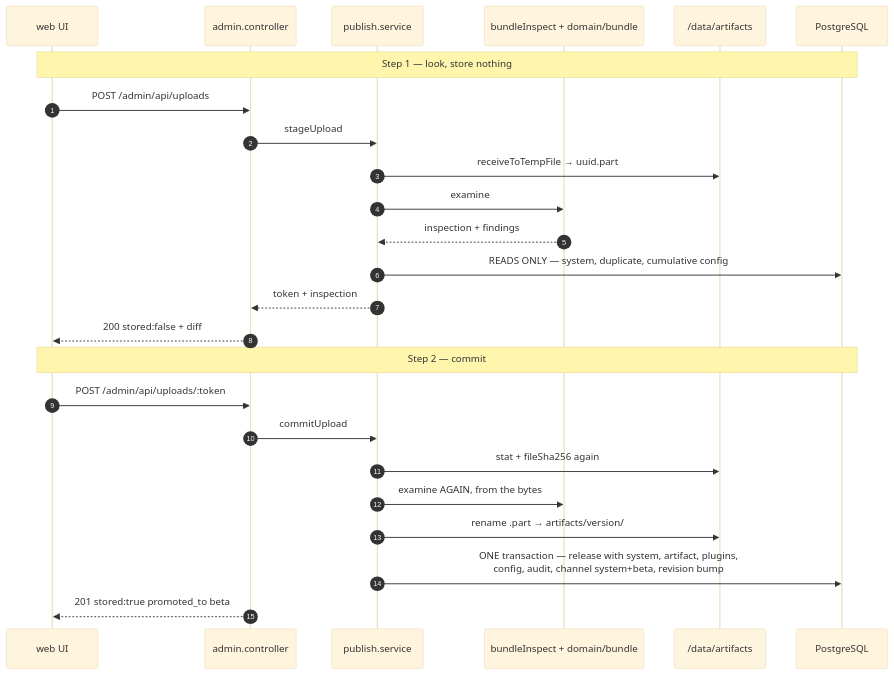
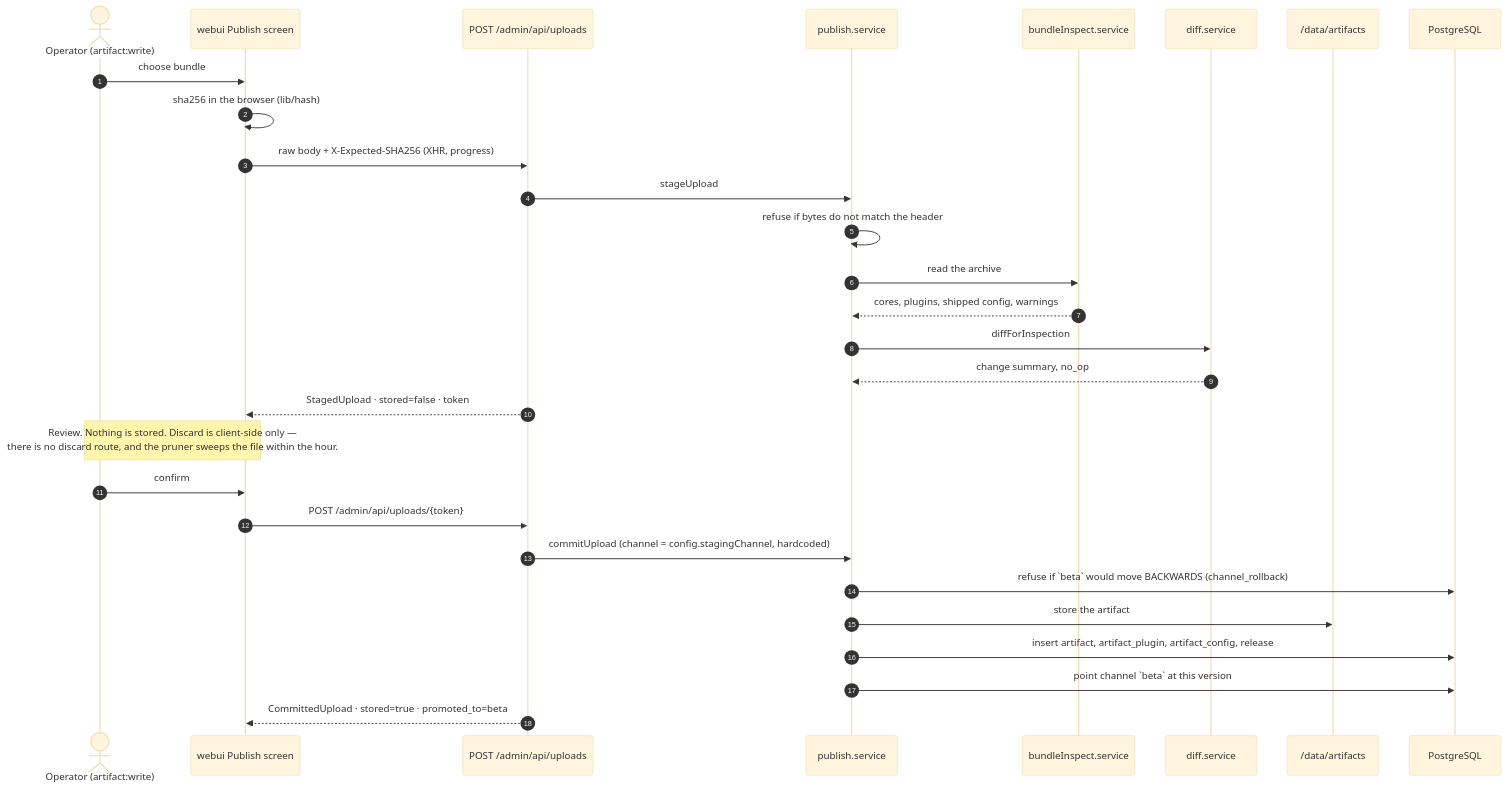
One commit to Si-Ops-Real-Time-Robotics-Inc/AeroCoreUpdate changed the third of 8 diagrams in docs/c4.md. Above: the diagram before and after it, drawn with Mermaid (base theme). The commit also changed other lines of this file and 168 other files, not shown here.

First line of the commit message:
feat: Keycloak-only auth, the new web UI, and a version line per system

````diff
--- a/docs/c4.md
+++ b/docs/c4.md
@@ -173,29 +88,34 @@
 ```mermaid
 sequenceDiagram
-    autonumber
-    participant UI as web UI
-    participant C as admin.controller
-    participant P as publish.service
-    participant I as bundleInspect + domain/bundle
-    participant FS as /data/artifacts
-    participant DB as PostgreSQL
+  autonumber
+  actor op as Operator (artifact:write)
+  participant ui as webui Publish screen
+  participant api as POST /admin/api/uploads
+  participant pub as publish.service
+  participant insp as bundleInspect.service
+  participant diff as diff.service
+  participant fs as /data/artifacts
+  participant db as PostgreSQL
 
-    Note over UI,DB: Step 1 — look, store nothing
-    UI->>C: POST /admin/api/uploads
-    C->>P: stageUpload
-    P->>FS: receiveToTempFile → uuid.part
-    P->>I: examine
-    I-->>P: inspection + findings
-    P->>DB: READS ONLY — system, duplicate, cumulative config
-    P-->>C: token + inspection
-    C-->>UI: 200 stored:false + diff
+  op->>ui: choose bundle
+  ui->>ui: sha256 in the browser (lib/hash)
+  ui->>api: raw body + X-Expected-SHA256 (XHR, progress)
+  api->>pub: stageUpload
+  pub->>pub: refuse if bytes do not match the header
+  pub->>insp: read the archive
+  insp-->>pub: cores, plugins, shipped config, warnings
+  pub->>diff: diffForInspection
+  diff-->>pub: change summary, no_op
+  api-->>ui: StagedUpload · stored=false · token
 
-    Note over UI,DB: Step 2 — commit
-    UI->>C: POST /admin/api/uploads/:token
-    C->>P: commitUpload
-    P->>FS: stat + fileSha256 again
-    P->>I: examine AGAIN, from the bytes
-    P->>FS: rename .part → artifacts/version/
-    P->>DB: ONE transaction — release with system, artifact, plugins,<br/>config, audit, channel system+beta, revision bump
-    C-->>UI: 201 stored:true promoted_to beta
+  Note over ui,op: Review. Nothing is stored. Discard is client-side only —<br/>there is no discard route, and the pruner sweeps the file within the hour.
+
+  op->>ui: confirm
+  ui->>api: POST /admin/api/uploads/{token}
+  api->>pub: commitUpload (channel = config.stagingChannel, hardcoded)
+  pub->>db: refuse if `beta` would move BACKWARDS (channel_rollback)
+  pub->>fs: store the artifact
+  pub->>db: insert artifact, artifact_plugin, artifact_config, release
+  pub->>db: point channel `beta` at this version
+  api-->>ui: CommittedUpload · stored=true · promoted_to=beta
 ```
````
